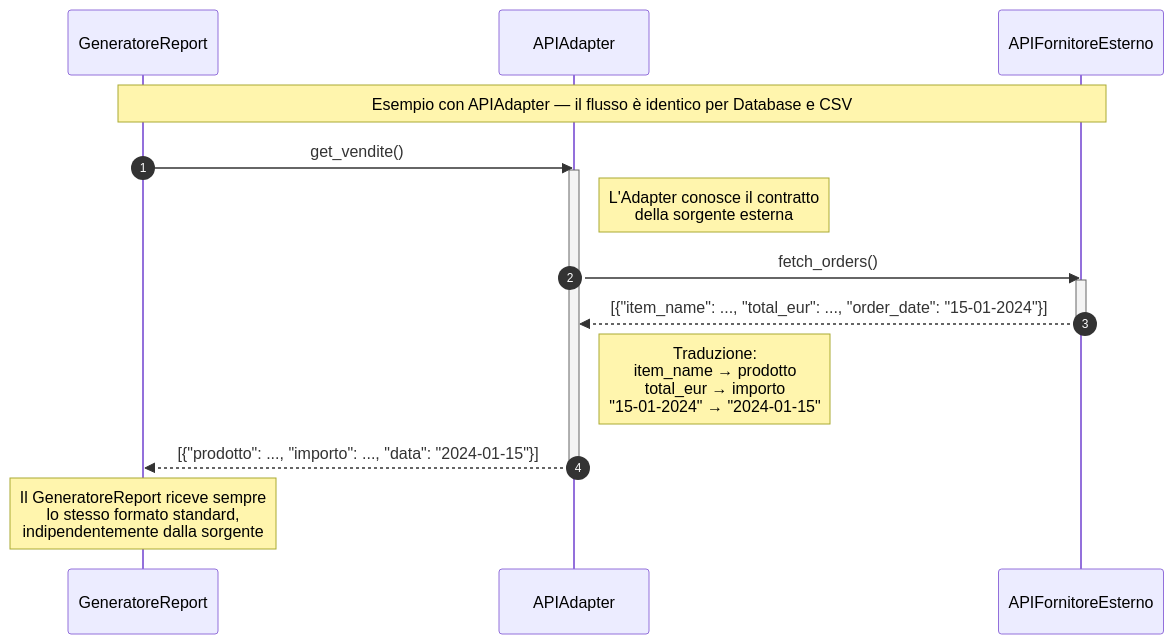
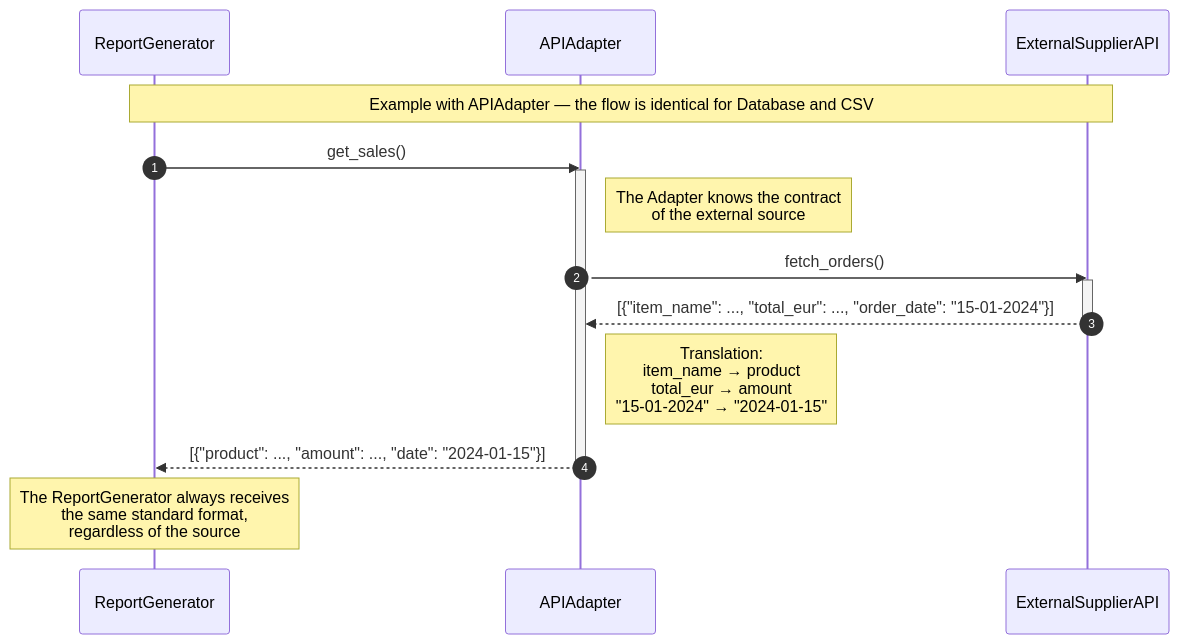
The third of 3 diagrams in 02_structural/adapter/README.md (lucadileo9/design-pattern), drawn with Mermaid before and after one commit. The commit also changed other lines of this file and 43 other files, not shown here.

````diff
--- a/02_structural/adapter/README.md
+++ b/02_structural/adapter/README.md
@@ -137,25 +137,25 @@
 ```mermaid
 sequenceDiagram
     autonumber
-    participant G as GeneratoreReport
+    participant G as ReportGenerator
     participant A as APIAdapter
-    participant API as APIFornitoreEsterno
+    participant API as ExternalSupplierAPI
 
-    Note over G, API: Esempio con APIAdapter — il flusso è identico per Database e CSV
+    Note over G, API: Example with APIAdapter — the flow is identical for Database and CSV
 
-    G->>A: get_vendite()
+    G->>A: get_sales()
     activate A
-    Note right of A: L'Adapter conosce il contratto<br/>della sorgente esterna
+    Note right of A: The Adapter knows the contract<br/>of the external source
 
     A->>API: fetch_orders()
     activate API
     API-->>A: [{"item_name": ..., "total_eur": ..., "order_date": "15-01-2024"}]
     deactivate API
 
-    Note right of A: Traduzione:<br/>item_name → prodotto<br/>total_eur → importo<br/>"15-01-2024" → "2024-01-15"
+    Note right of A: Translation:<br/>item_name → product<br/>total_eur → amount<br/>"15-01-2024" → "2024-01-15"
 
-    A-->>G: [{"prodotto": ..., "importo": ..., "data": "2024-01-15"}]
+    A-->>G: [{"product": ..., "amount": ..., "date": "2024-01-15"}]
     deactivate A
 
-    Note over G: Il GeneratoreReport riceve sempre<br/>lo stesso formato standard,<br/>indipendentemente dalla sorgente
+    Note over G: The ReportGenerator always receives<br/>the same standard format,<br/>regardless of the source
 ```
````
